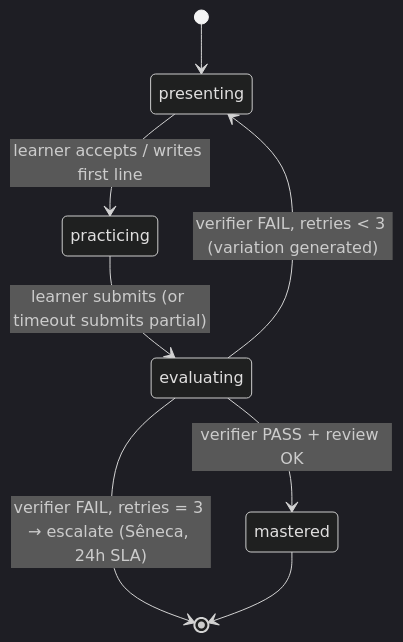
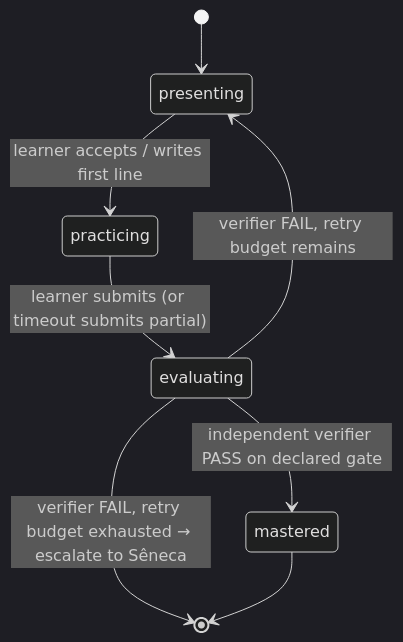
The third of 4 diagrams in docs/handbook/01_architecture.md (dandpb/aidevschool), drawn with Mermaid (dark theme) before and after one commit. The commit also changed other lines of this file and 33 other files, not shown here.

````diff
--- a/docs/handbook/01_architecture.md
+++ b/docs/handbook/01_architecture.md
@@ -137,10 +159,10 @@
 ```mermaid
 stateDiagram-v2
     [*] --> presenting
     presenting --> practicing: learner accepts / writes first line
     practicing --> evaluating: learner submits (or timeout submits partial)
-    evaluating --> mastered: verifier PASS + review OK
-    evaluating --> presenting: verifier FAIL, retries < 3 (variation generated)
-    evaluating --> [*]: verifier FAIL, retries = 3 → escalate (Sêneca, 24h SLA)
+    evaluating --> mastered: independent verifier PASS on declared gate
+    evaluating --> presenting: verifier FAIL, retry budget remains
+    evaluating --> [*]: verifier FAIL, retry budget exhausted → escalate to Sêneca
     mastered --> [*]
 ```
````
